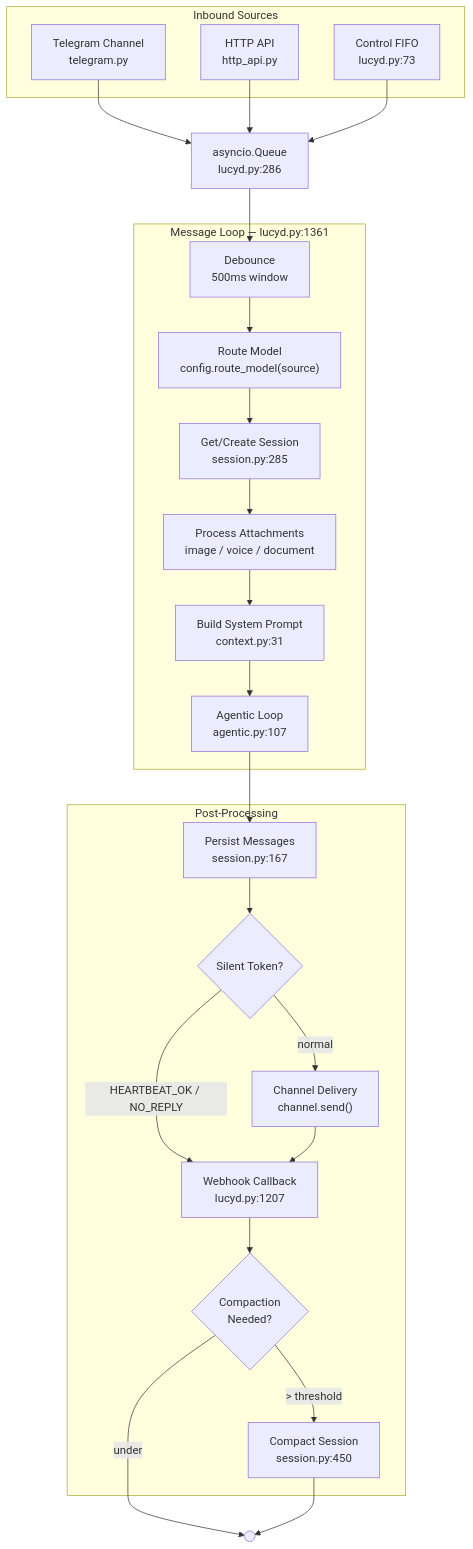
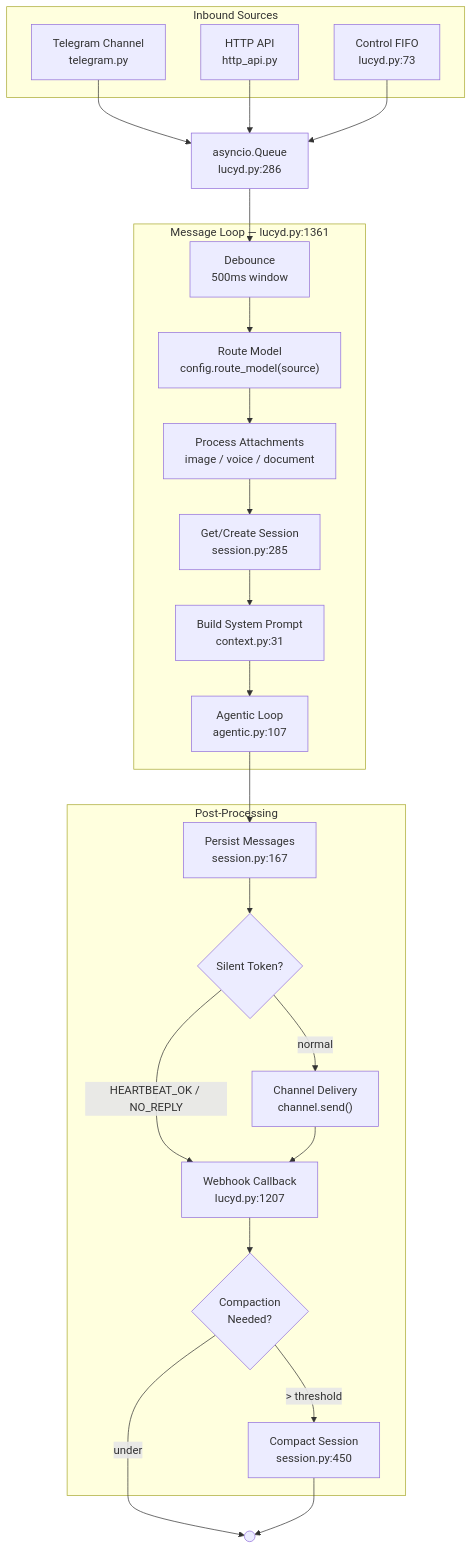
One commit to nicolasforstinger/lucyd changed the first of 8 diagrams in docs/diagrams.md. Above: the diagram before and after it, drawn with Mermaid. The commit also changed other lines of this file and 1 other file, not shown here.

First line of the commit message:
fix: correct 3 diagram inaccuracies verified against source

````diff
--- a/docs/diagrams.md
+++ b/docs/diagrams.md
@@ -11,40 +11,40 @@
 ```mermaid
 flowchart TD
     subgraph Sources["Inbound Sources"]
         TG["Telegram Channel<br/>telegram.py"]
         HTTP["HTTP API<br/>http_api.py"]
         FIFO["Control FIFO<br/>lucyd.py:73"]
     end
 
     Q["asyncio.Queue<br/>lucyd.py:286"]
 
     subgraph Loop["Message Loop — lucyd.py:1361"]
         DEB["Debounce<br/>500ms window"]
         ROUTE["Route Model<br/>config.route_model(source)"]
+        MEDIA["Process Attachments<br/>image / voice / document"]
         SESSION["Get/Create Session<br/>session.py:285"]
-        MEDIA["Process Attachments<br/>image / voice / document"]
         CTX["Build System Prompt<br/>context.py:31"]
         AGENTIC["Agentic Loop<br/>agentic.py:107"]
     end
 
     subgraph Post["Post-Processing"]
         PERSIST["Persist Messages<br/>session.py:167"]
         SILENT{"Silent Token?"}
         DELIVER["Channel Delivery<br/>channel.send()"]
         WEBHOOK["Webhook Callback<br/>lucyd.py:1207"]
         COMPACT{"Compaction<br/>Needed?"}
         DO_COMPACT["Compact Session<br/>session.py:450"]
     end
 
     TG --> Q
     HTTP --> Q
     FIFO --> Q
-    Q --> DEB --> ROUTE --> SESSION --> MEDIA --> CTX --> AGENTIC
+    Q --> DEB --> ROUTE --> MEDIA --> SESSION --> CTX --> AGENTIC
     AGENTIC --> PERSIST --> SILENT
     SILENT -->|"HEARTBEAT_OK / NO_REPLY"| WEBHOOK
     SILENT -->|normal| DELIVER --> WEBHOOK
     WEBHOOK --> COMPACT
     COMPACT -->|"> threshold"| DO_COMPACT
     COMPACT -->|under| END(( ))
     DO_COMPACT --> END
 ```
````
